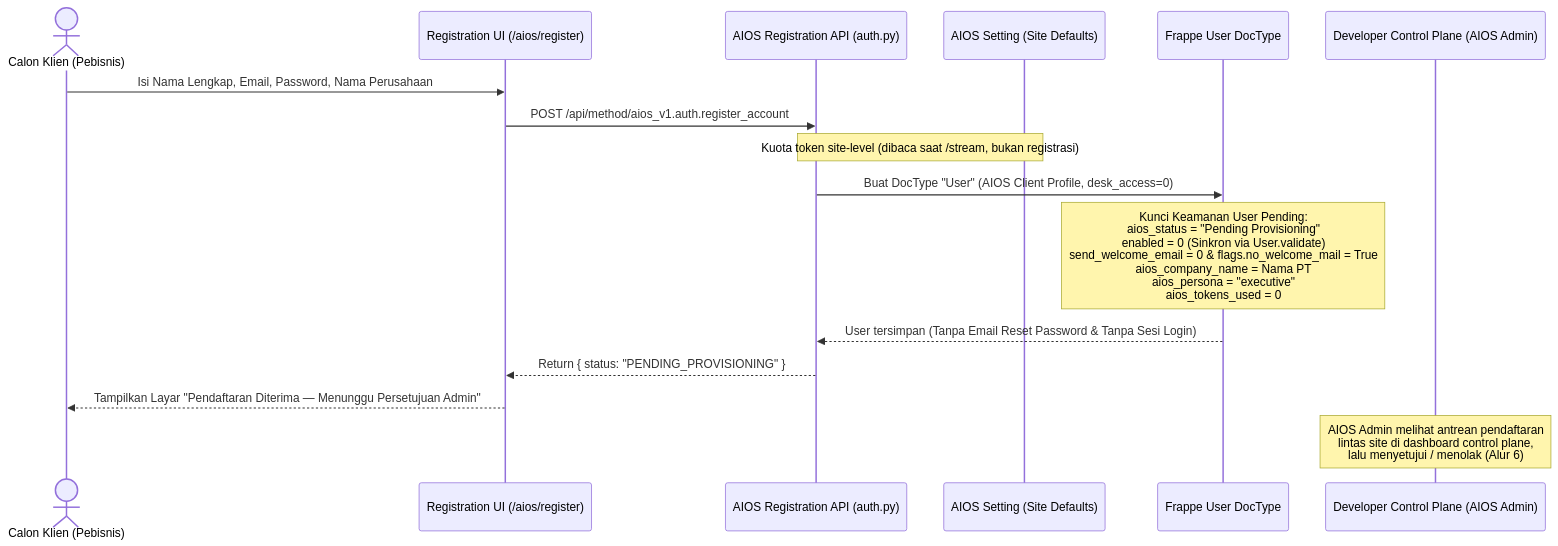
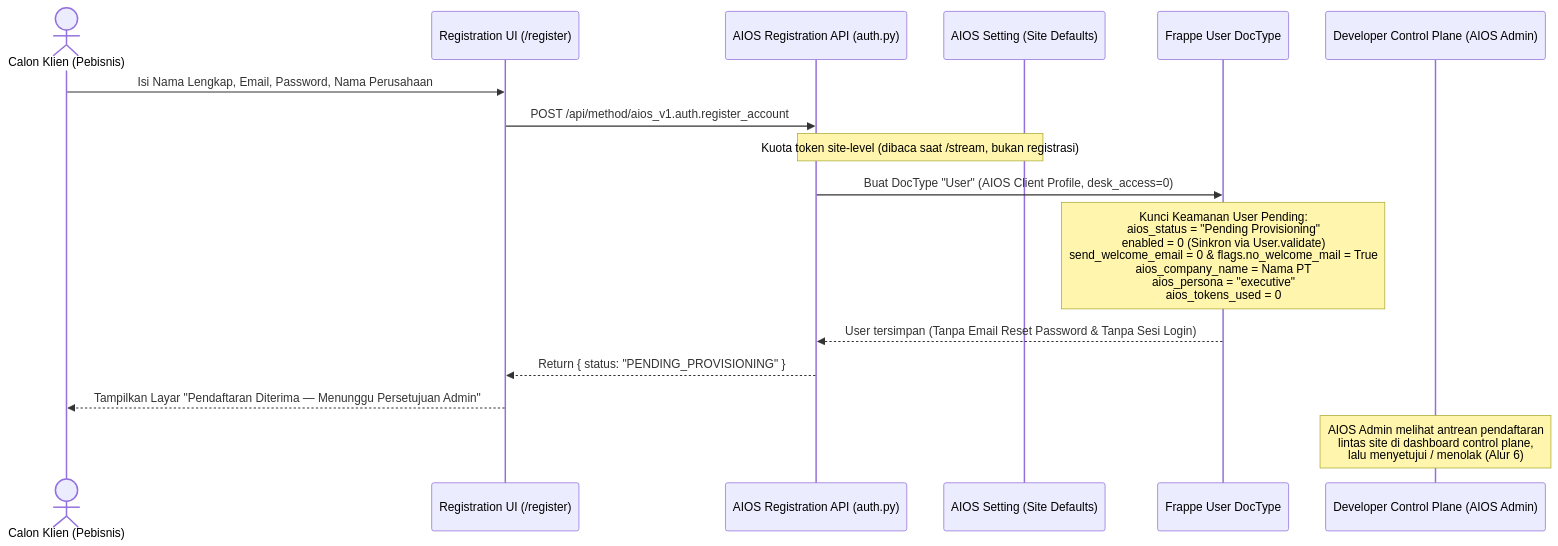
One commit to Tenshi1308/aios-frappe-16 changed the first of 8 diagrams in docs/04-alur-kerja-sistem.md. Above: the diagram before and after it, drawn with Mermaid. The commit also changed other lines of this file and 6 other files, not shown here.

````diff
--- a/docs/04-alur-kerja-sistem.md
+++ b/docs/04-alur-kerja-sistem.md
@@ -11,19 +11,19 @@
 ```mermaid
 sequenceDiagram
     actor Klien as Calon Klien (Pebisnis)
-    participant UI as Registration UI (/aios/register)
+    participant UI as Registration UI (/register)
     participant API as AIOS Registration API (auth.py)
     participant Setting as AIOS Setting (Site Defaults)
     participant DB as Frappe User DocType
     participant CP as Developer Control Plane (AIOS Admin)
 
     Klien->>UI: Isi Nama Lengkap, Email, Password, Nama Perusahaan
     UI->>API: POST /api/method/aios_v1.auth.register_account
     Note over API,Setting: Kuota token site-level (dibaca saat /stream, bukan registrasi)
     API->>DB: Buat DocType "User" (AIOS Client Profile, desk_access=0)
     Note over DB: Kunci Keamanan User Pending:<br/>aios_status = "Pending Provisioning"<br/>enabled = 0 (Sinkron via User.validate)<br/>send_welcome_email = 0 & flags.no_welcome_mail = True<br/>aios_company_name = Nama PT<br/>aios_persona = "executive"<br/>aios_tokens_used = 0
     DB-->>API: User tersimpan (Tanpa Email Reset Password & Tanpa Sesi Login)
     API-->>UI: Return { status: "PENDING_PROVISIONING" }
     UI-->>Klien: Tampilkan Layar "Pendaftaran Diterima — Menunggu Persetujuan Admin"
     Note over CP: AIOS Admin melihat antrean pendaftaran<br/>lintas site di dashboard control plane,<br/>lalu menyetujui / menolak (Alur 6)
 ```
````
